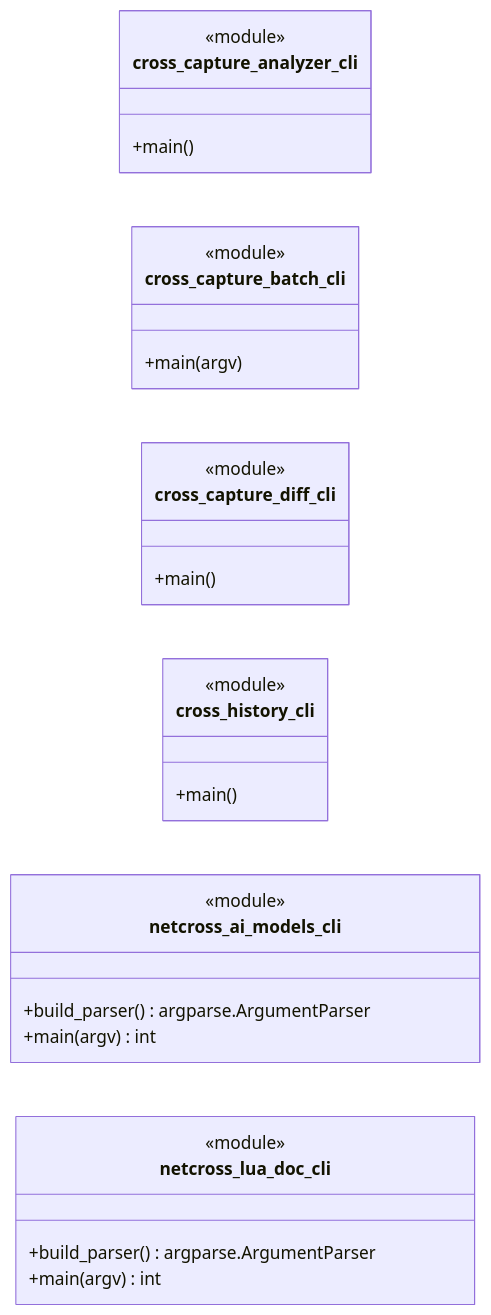
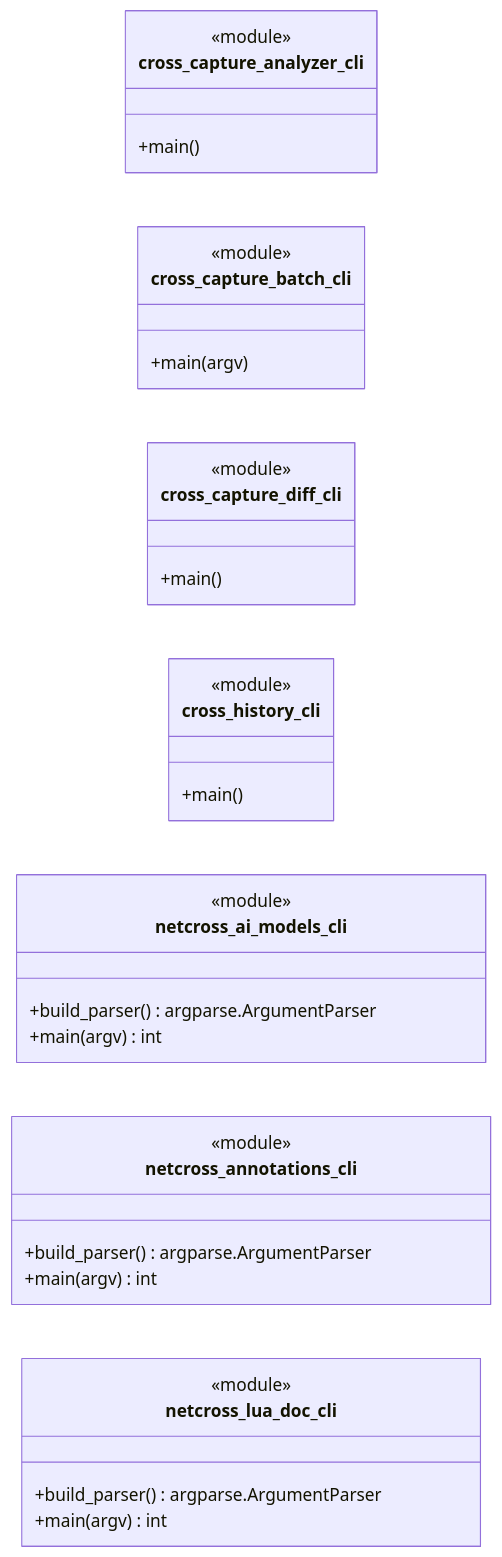
One commit to Mathide-Team/Netcross changed diagram 20 of 20 in docs/class-diagram.md. Above: the diagram before and after it, drawn with Mermaid. The commit also changed other lines of this file and 18 other files, not shown here.

First line of the commit message:
feat(#910): annotations et signets en CLI et dans l'API

````diff
--- a/docs/class-diagram.md
+++ b/docs/class-diagram.md
@@ -4905,42 +4942,49 @@
 ```mermaid
 classDiagram
     direction LR
 
     %% ===== cross_capture_analyzer_cli =====
     class mod_cross_capture_analyzer_cli["cross_capture_analyzer_cli"] {
         <<module>>
         +main()
     }
 
     %% ===== cross_capture_batch_cli =====
     class mod_cross_capture_batch_cli["cross_capture_batch_cli"] {
         <<module>>
         +main(argv)
     }
 
     %% ===== cross_capture_diff_cli =====
     class mod_cross_capture_diff_cli["cross_capture_diff_cli"] {
         <<module>>
         +main()
     }
 
     %% ===== cross_history_cli =====
     class mod_cross_history_cli["cross_history_cli"] {
         <<module>>
         +main()
     }
 
     %% ===== netcross_ai_models_cli =====
     class mod_netcross_ai_models_cli["netcross_ai_models_cli"] {
         <<module>>
         +build_parser() argparse.ArgumentParser
         +main(argv) int
     }
 
+    %% ===== netcross_annotations_cli =====
+    class mod_netcross_annotations_cli["netcross_annotations_cli"] {
+        <<module>>
+        +build_parser() argparse.ArgumentParser
+        +main(argv) int
+    }
+
     %% ===== netcross_lua_doc_cli =====
     class mod_netcross_lua_doc_cli["netcross_lua_doc_cli"] {
         <<module>>
         +build_parser() argparse.ArgumentParser
         +main(argv) int
     }
 ```
````
